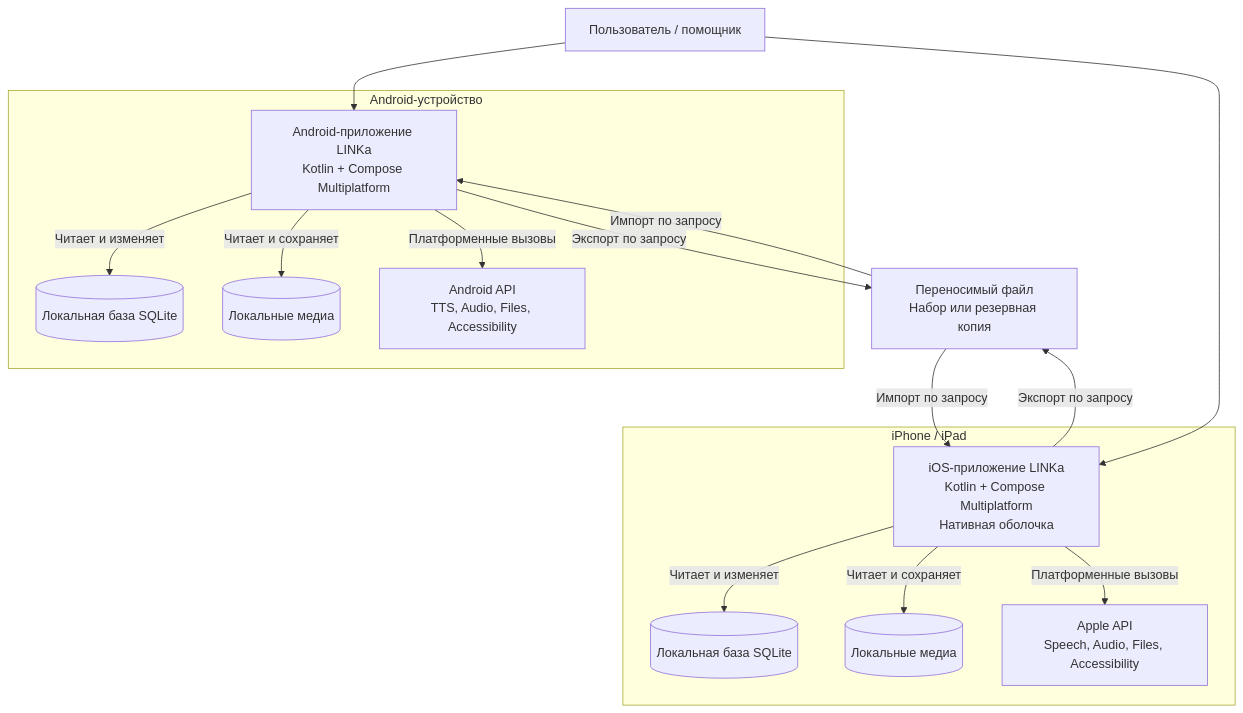
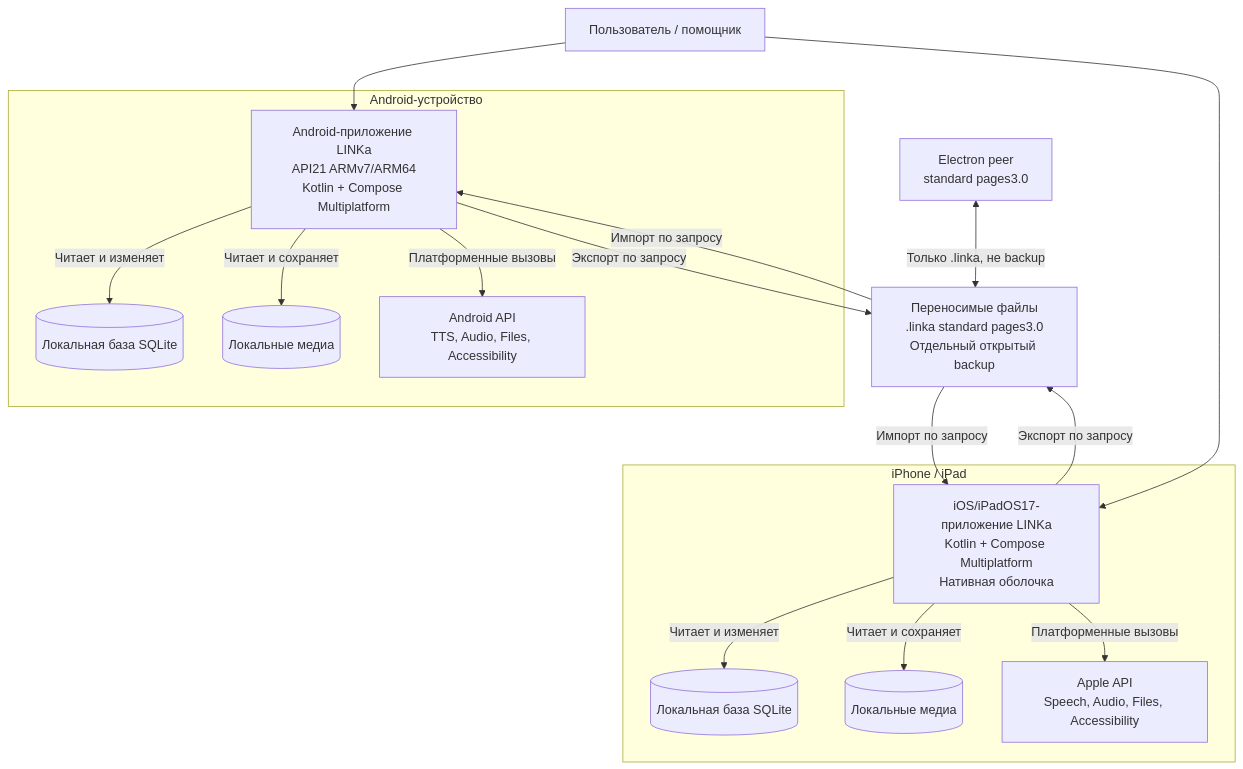
The second of 5 diagrams in docs/c4/04-c4.md (linkasu/linka.pictures-android), drawn with Mermaid before and after one commit. The commit also changed other lines of this file and 53 other files, not shown here.

Commit message:
feat: freeze P02 core contracts and Unicode16 grapheme behavior

````diff
--- a/docs/c4/04-c4.md
+++ b/docs/c4/04-c4.md
@@ -43,36 +45,38 @@
 ```mermaid
 flowchart TB
     U["Пользователь / помощник"]
 
     subgraph AND["Android-устройство"]
-        AA["Android-приложение LINKa<br/>Kotlin + Compose Multiplatform"]
+        AA["Android-приложение LINKa<br/>API21 ARMv7/ARM64<br/>Kotlin + Compose Multiplatform"]
         AD[("Локальная база SQLite")]
         AM[("Локальные медиа")]
         AO["Android API<br/>TTS, Audio, Files, Accessibility"]
 
         AA -->|"Читает и изменяет"| AD
         AA -->|"Читает и сохраняет"| AM
         AA -->|"Платформенные вызовы"| AO
     end
 
     subgraph IOS["iPhone / iPad"]
-        IA["iOS-приложение LINKa<br/>Kotlin + Compose Multiplatform<br/>Нативная оболочка"]
+        IA["iOS/iPadOS17-приложение LINKa<br/>Kotlin + Compose Multiplatform<br/>Нативная оболочка"]
         ID[("Локальная база SQLite")]
         IM[("Локальные медиа")]
         IO["Apple API<br/>Speech, Audio, Files, Accessibility"]
 
         IA -->|"Читает и изменяет"| ID
         IA -->|"Читает и сохраняет"| IM
         IA -->|"Платформенные вызовы"| IO
     end
 
-    X["Переносимый файл<br/>Набор или резервная копия"]
+    X["Переносимые файлы<br/>.linka standard pages3.0<br/>Отдельный открытый backup"]
+    EL["Electron peer<br/>standard pages3.0"]
 
     U --> AA
     U --> IA
 
     AA -->|"Экспорт по запросу"| X
     X -->|"Импорт по запросу"| IA
     IA -->|"Экспорт по запросу"| X
     X -->|"Импорт по запросу"| AA
+    EL <-->|"Только .linka, не backup"| X
 ```
````
